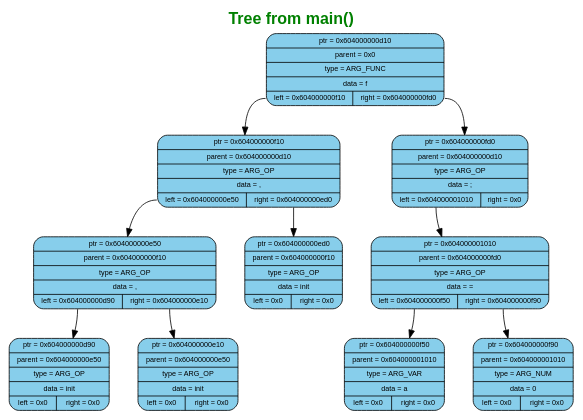
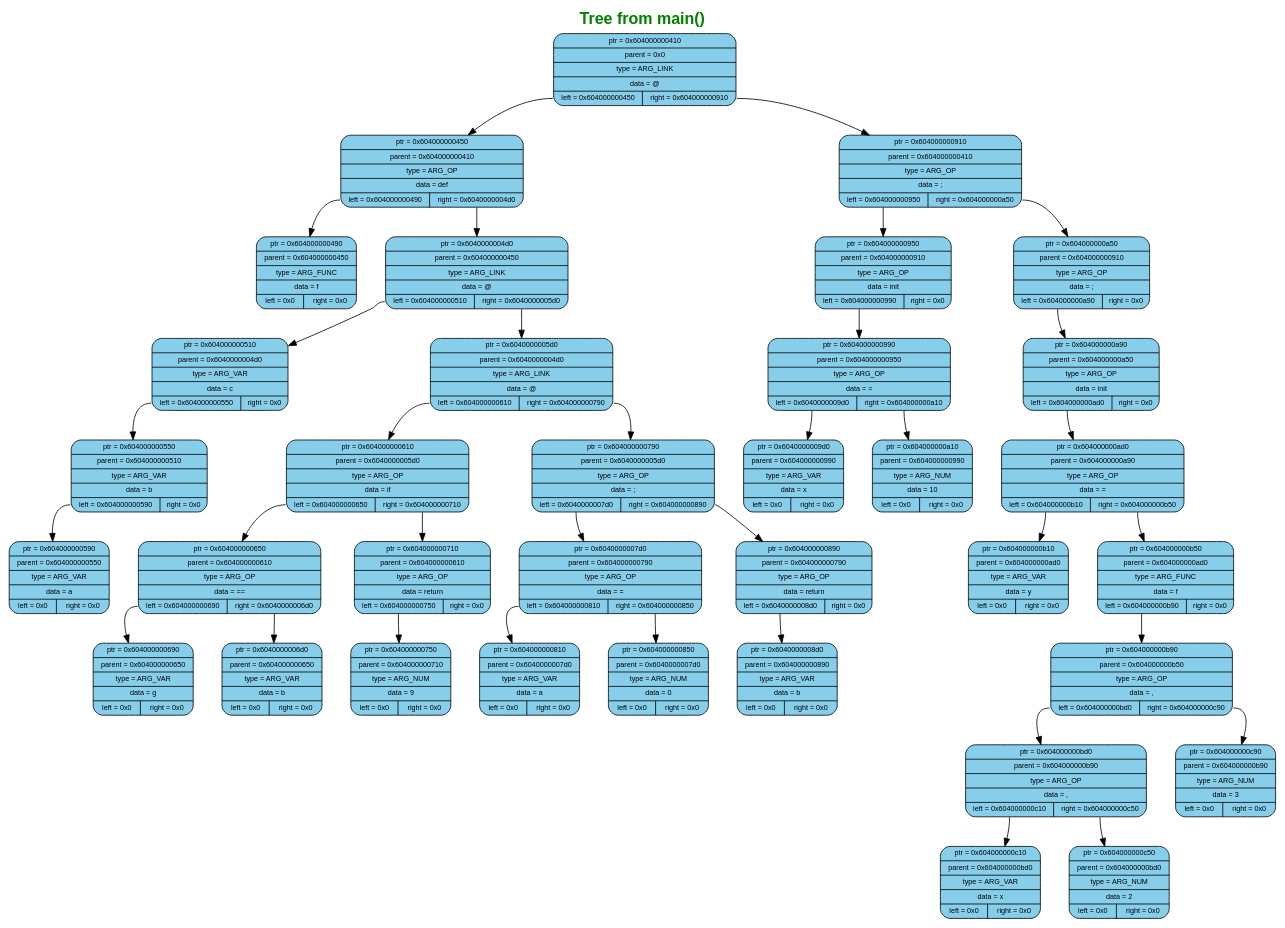
Before and after one commit to murugov/Language: the diagram in reports/trees/tree0/tree.dot, drawn with Graphviz. The commit also changed 72 other files, not shown here.

```diff
--- a/reports/trees/tree0/tree.dot
+++ b/reports/trees/tree0/tree.dot
@@ -1,33 +1,83 @@
 digraph G {
 	label=<<B>Tree from main()</B>>;
 	fontcolor="#008000";
 	fontname="Arial";
 	labelloc="top";
 	labeljust="center";
 	fontsize=20;
 	rankdir=TB;
 	center=true;
 	nodesep=0.5;
 	ranksep=0.5;
 	node[fontsize=9, shape=box, width=0.7, height=0.4, style="filled, rounded", fontname="Arial"];
 
-	n0 [shape=record, label="{ptr = 0x604000000d10 | parent = 0x0 | type = ARG_FUNC | data = f | {<left> left = 0x604000000f10 | <right> right = 0x604000000fd0}}", fillcolor="#87CEEB", color="black"]
-	n1 [shape=record, label="{ptr = 0x604000000f10 | parent = 0x604000000d10 | type = ARG_OP | data = , | {<left> left = 0x604000000e50 | <right> right = 0x604000000ed0}}", fillcolor="#87CEEB", color="black"]
+	n0 [shape=record, label="{ptr = 0x604000000410 | parent = 0x0 | type = ARG_LINK | data = @ | {<left> left = 0x604000000450 | <right> right = 0x604000000910}}", fillcolor="#87CEEB", color="black"]
+	n1 [shape=record, label="{ptr = 0x604000000450 | parent = 0x604000000410 | type = ARG_OP | data = def | {<left> left = 0x604000000490 | <right> right = 0x6040000004d0}}", fillcolor="#87CEEB", color="black"]
 	n0:left -> n1
-	n2 [shape=record, label="{ptr = 0x604000000fd0 | parent = 0x604000000d10 | type = ARG_OP | data = ; | {<left> left = 0x604000001010 | <right> right = 0x0}}", fillcolor="#87CEEB", color="black"]
+	n2 [shape=record, label="{ptr = 0x604000000910 | parent = 0x604000000410 | type = ARG_OP | data = ; | {<left> left = 0x604000000950 | <right> right = 0x604000000a50}}", fillcolor="#87CEEB", color="black"]
 	n0:right -> n2
-	n3 [shape=record, label="{ptr = 0x604000001010 | parent = 0x604000000fd0 | type = ARG_OP | data = = | {<left> left = 0x604000000f50 | <right> right = 0x604000000f90}}", fillcolor="#87CEEB", color="black"]
+	n3 [shape=record, label="{ptr = 0x604000000950 | parent = 0x604000000910 | type = ARG_OP | data = init | {<left> left = 0x604000000990 | <right> right = 0x0}}", fillcolor="#87CEEB", color="black"]
 	n2:left -> n3
-	n4 [shape=record, label="{ptr = 0x604000000f50 | parent = 0x604000001010 | type = ARG_VAR | data = a | {<left> left = 0x0 | <right> right = 0x0}}", fillcolor="#87CEEB", color="black"]
-	n3:left -> n4
-	n5 [shape=record, label="{ptr = 0x604000000f90 | parent = 0x604000001010 | type = ARG_NUM | data = 0 | {<left> left = 0x0 | <right> right = 0x0}}", fillcolor="#87CEEB", color="black"]
-	n3:right -> n5
-	n6 [shape=record, label="{ptr = 0x604000000e50 | parent = 0x604000000f10 | type = ARG_OP | data = , | {<left> left = 0x604000000d90 | <right> right = 0x604000000e10}}", fillcolor="#87CEEB", color="black"]
-	n1:left -> n6
-	n7 [shape=record, label="{ptr = 0x604000000ed0 | parent = 0x604000000f10 | type = ARG_OP | data = init | {<left> left = 0x0 | <right> right = 0x0}}", fillcolor="#87CEEB", color="black"]
-	n1:right -> n7
-	n8 [shape=record, label="{ptr = 0x604000000d90 | parent = 0x604000000e50 | type = ARG_OP | data = init | {<left> left = 0x0 | <right> right = 0x0}}", fillcolor="#87CEEB", color="black"]
-	n6:left -> n8
-	n9 [shape=record, label="{ptr = 0x604000000e10 | parent = 0x604000000e50 | type = ARG_OP | data = init | {<left> left = 0x0 | <right> right = 0x0}}", fillcolor="#87CEEB", color="black"]
-	n6:right -> n9
+	n4 [shape=record, label="{ptr = 0x604000000a50 | parent = 0x604000000910 | type = ARG_OP | data = ; | {<left> left = 0x604000000a90 | <right> right = 0x0}}", fillcolor="#87CEEB", color="black"]
+	n2:right -> n4
+	n5 [shape=record, label="{ptr = 0x604000000a90 | parent = 0x604000000a50 | type = ARG_OP | data = init | {<left> left = 0x604000000ad0 | <right> right = 0x0}}", fillcolor="#87CEEB", color="black"]
+	n4:left -> n5
+	n6 [shape=record, label="{ptr = 0x604000000ad0 | parent = 0x604000000a90 | type = ARG_OP | data = = | {<left> left = 0x604000000b10 | <right> right = 0x604000000b50}}", fillcolor="#87CEEB", color="black"]
+	n5:left -> n6
+	n7 [shape=record, label="{ptr = 0x604000000b10 | parent = 0x604000000ad0 | type = ARG_VAR | data = y | {<left> left = 0x0 | <right> right = 0x0}}", fillcolor="#87CEEB", color="black"]
+	n6:left -> n7
+	n8 [shape=record, label="{ptr = 0x604000000b50 | parent = 0x604000000ad0 | type = ARG_FUNC | data = f | {<left> left = 0x604000000b90 | <right> right = 0x0}}", fillcolor="#87CEEB", color="black"]
+	n6:right -> n8
+	n9 [shape=record, label="{ptr = 0x604000000b90 | parent = 0x604000000b50 | type = ARG_OP | data = , | {<left> left = 0x604000000bd0 | <right> right = 0x604000000c90}}", fillcolor="#87CEEB", color="black"]
+	n8:left -> n9
+	n10 [shape=record, label="{ptr = 0x604000000bd0 | parent = 0x604000000b90 | type = ARG_OP | data = , | {<left> left = 0x604000000c10 | <right> right = 0x604000000c50}}", fillcolor="#87CEEB", color="black"]
+	n9:left -> n10
+	n11 [shape=record, label="{ptr = 0x604000000c90 | parent = 0x604000000b90 | type = ARG_NUM | data = 3 | {<left> left = 0x0 | <right> right = 0x0}}", fillcolor="#87CEEB", color="black"]
+	n9:right -> n11
+	n12 [shape=record, label="{ptr = 0x604000000c10 | parent = 0x604000000bd0 | type = ARG_VAR | data = x | {<left> left = 0x0 | <right> right = 0x0}}", fillcolor="#87CEEB", color="black"]
+	n10:left -> n12
+	n13 [shape=record, label="{ptr = 0x604000000c50 | parent = 0x604000000bd0 | type = ARG_NUM | data = 2 | {<left> left = 0x0 | <right> right = 0x0}}", fillcolor="#87CEEB", color="black"]
+	n10:right -> n13
+	n14 [shape=record, label="{ptr = 0x604000000990 | parent = 0x604000000950 | type = ARG_OP | data = = | {<left> left = 0x6040000009d0 | <right> right = 0x604000000a10}}", fillcolor="#87CEEB", color="black"]
+	n3:left -> n14
+	n15 [shape=record, label="{ptr = 0x6040000009d0 | parent = 0x604000000990 | type = ARG_VAR | data = x | {<left> left = 0x0 | <right> right = 0x0}}", fillcolor="#87CEEB", color="black"]
+	n14:left -> n15
+	n16 [shape=record, label="{ptr = 0x604000000a10 | parent = 0x604000000990 | type = ARG_NUM | data = 10 | {<left> left = 0x0 | <right> right = 0x0}}", fillcolor="#87CEEB", color="black"]
+	n14:right -> n16
+	n17 [shape=record, label="{ptr = 0x604000000490 | parent = 0x604000000450 | type = ARG_FUNC | data = f | {<left> left = 0x0 | <right> right = 0x0}}", fillcolor="#87CEEB", color="black"]
+	n1:left -> n17
+	n18 [shape=record, label="{ptr = 0x6040000004d0 | parent = 0x604000000450 | type = ARG_LINK | data = @ | {<left> left = 0x604000000510 | <right> right = 0x6040000005d0}}", fillcolor="#87CEEB", color="black"]
+	n1:right -> n18
+	n19 [shape=record, label="{ptr = 0x604000000510 | parent = 0x6040000004d0 | type = ARG_VAR | data = c | {<left> left = 0x604000000550 | <right> right = 0x0}}", fillcolor="#87CEEB", color="black"]
+	n18:left -> n19
+	n20 [shape=record, label="{ptr = 0x6040000005d0 | parent = 0x6040000004d0 | type = ARG_LINK | data = @ | {<left> left = 0x604000000610 | <right> right = 0x604000000790}}", fillcolor="#87CEEB", color="black"]
+	n18:right -> n20
+	n21 [shape=record, label="{ptr = 0x604000000610 | parent = 0x6040000005d0 | type = ARG_OP | data = if | {<left> left = 0x604000000650 | <right> right = 0x604000000710}}", fillcolor="#87CEEB", color="black"]
+	n20:left -> n21
+	n22 [shape=record, label="{ptr = 0x604000000790 | parent = 0x6040000005d0 | type = ARG_OP | data = ; | {<left> left = 0x6040000007d0 | <right> right = 0x604000000890}}", fillcolor="#87CEEB", color="black"]
+	n20:right -> n22
+	n23 [shape=record, label="{ptr = 0x6040000007d0 | parent = 0x604000000790 | type = ARG_OP | data = = | {<left> left = 0x604000000810 | <right> right = 0x604000000850}}", fillcolor="#87CEEB", color="black"]
+	n22:left -> n23
+	n24 [shape=record, label="{ptr = 0x604000000890 | parent = 0x604000000790 | type = ARG_OP | data = return | {<left> left = 0x6040000008d0 | <right> right = 0x0}}", fillcolor="#87CEEB", color="black"]
+	n22:right -> n24
+	n25 [shape=record, label="{ptr = 0x6040000008d0 | parent = 0x604000000890 | type = ARG_VAR | data = b | {<left> left = 0x0 | <right> right = 0x0}}", fillcolor="#87CEEB", color="black"]
+	n24:left -> n25
+	n26 [shape=record, label="{ptr = 0x604000000810 | parent = 0x6040000007d0 | type = ARG_VAR | data = a | {<left> left = 0x0 | <right> right = 0x0}}", fillcolor="#87CEEB", color="black"]
+	n23:left -> n26
+	n27 [shape=record, label="{ptr = 0x604000000850 | parent = 0x6040000007d0 | type = ARG_NUM | data = 0 | {<left> left = 0x0 | <right> right = 0x0}}", fillcolor="#87CEEB", color="black"]
+	n23:right -> n27
+	n28 [shape=record, label="{ptr = 0x604000000650 | parent = 0x604000000610 | type = ARG_OP | data = == | {<left> left = 0x604000000690 | <right> right = 0x6040000006d0}}", fillcolor="#87CEEB", color="black"]
+	n21:left -> n28
+	n29 [shape=record, label="{ptr = 0x604000000710 | parent = 0x604000000610 | type = ARG_OP | data = return | {<left> left = 0x604000000750 | <right> right = 0x0}}", fillcolor="#87CEEB", color="black"]
+	n21:right -> n29
+	n30 [shape=record, label="{ptr = 0x604000000750 | parent = 0x604000000710 | type = ARG_NUM | data = 9 | {<left> left = 0x0 | <right> right = 0x0}}", fillcolor="#87CEEB", color="black"]
+	n29:left -> n30
+	n31 [shape=record, label="{ptr = 0x604000000690 | parent = 0x604000000650 | type = ARG_VAR | data = g | {<left> left = 0x0 | <right> right = 0x0}}", fillcolor="#87CEEB", color="black"]
+	n28:left -> n31
+	n32 [shape=record, label="{ptr = 0x6040000006d0 | parent = 0x604000000650 | type = ARG_VAR | data = b | {<left> left = 0x0 | <right> right = 0x0}}", fillcolor="#87CEEB", color="black"]
+	n28:right -> n32
+	n33 [shape=record, label="{ptr = 0x604000000550 | parent = 0x604000000510 | type = ARG_VAR | data = b | {<left> left = 0x604000000590 | <right> right = 0x0}}", fillcolor="#87CEEB", color="black"]
+	n19:left -> n33
+	n34 [shape=record, label="{ptr = 0x604000000590 | parent = 0x604000000550 | type = ARG_VAR | data = a | {<left> left = 0x0 | <right> right = 0x0}}", fillcolor="#87CEEB", color="black"]
+	n33:left -> n34
 }
```
